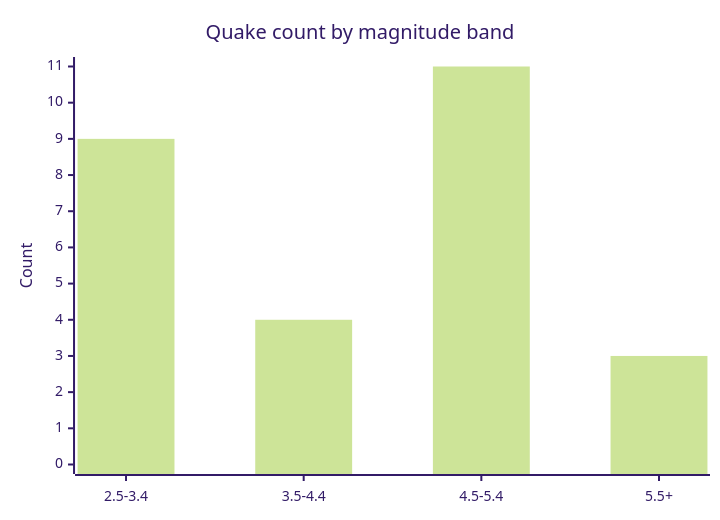
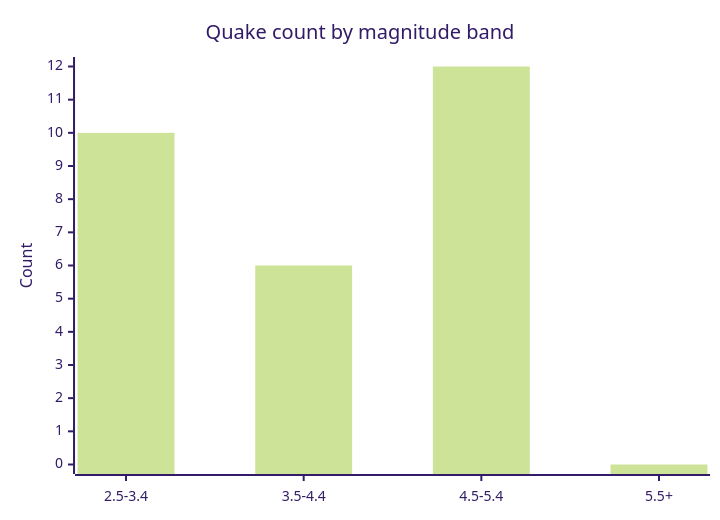
Before and after one commit to Midwest-Stratospheric/aerostratospheric-defense-gir: the fifth of 6 diagrams in docs/GRAPHS.md, drawn with Mermaid (forest theme). The commit also changed other lines of this file and 23 other files, not shown here.

````diff
--- a/docs/GRAPHS.md
+++ b/docs/GRAPHS.md
@@ -82,7 +82,7 @@
 ```mermaid
 xychart-beta
   title "Quake count by magnitude band"
   x-axis ["2.5-3.4", "3.5-4.4", "4.5-5.4", "5.5+"]
-  y-axis "Count" 0 --> 11
-  bar [9, 4, 11, 3]
+  y-axis "Count" 0 --> 12
+  bar [10, 6, 12, 0]
 ```
````
